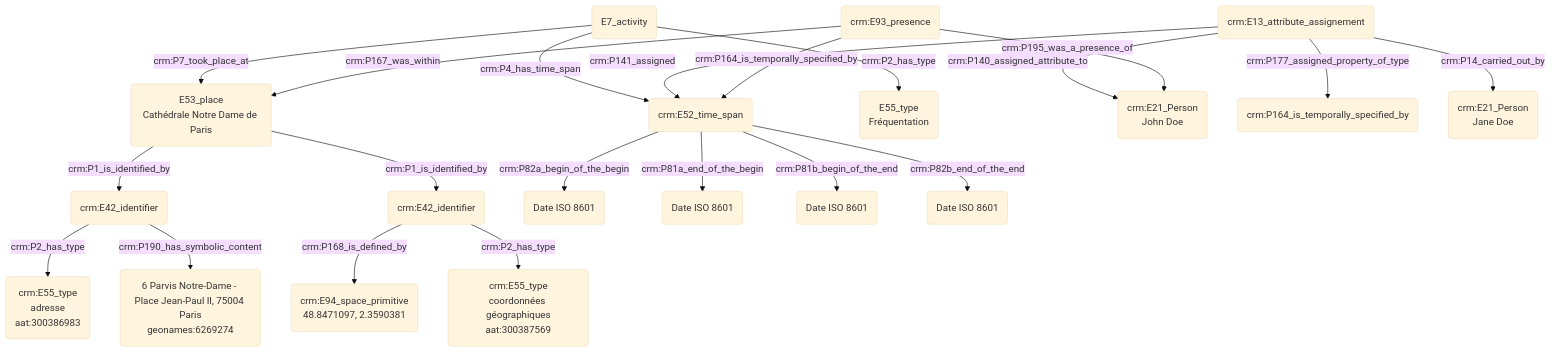
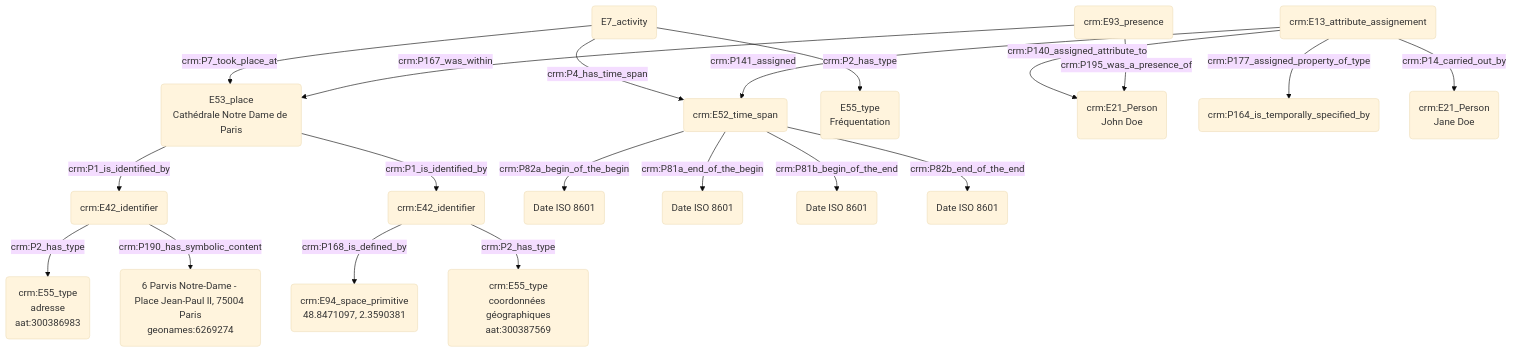
One commit to Amleth/consortium-musica2-gt2-ontologies changed the diagram in modules/livrables/Dossier 2/Prosopographie/fréquentation d'un lieu à un instant donné.md. Above: the diagram before and after it, drawn with Mermaid (base theme).

Commit message:
Update fréquentation d'un lieu à un instant donné.md

````diff
--- a/modules/livrables/Dossier 2/Prosopographie/fréquentation d'un lieu à un instant donné.md
+++ b/modules/livrables/Dossier 2/Prosopographie/fréquentation d'un lieu à un instant donné.md
@@ -17,30 +17,29 @@
 ```mermaid
 graph TD;
 
 
 
 B(E7_activity) -->|crm:P7_took_place_at| I(E53_place<br>Cathédrale Notre Dame de Paris)
 I(E53_place<br>Cathédrale Notre Dame de Paris) --> |crm:P1_is_identified_by| M(crm:E42_identifier)
 M(crm:E42_identifier) --> |crm:P2_has_type| K(crm:E55_type<br>adresse<br>aat:300386983)
 M(crm:E42_identifier) --> |crm:P190_has_symbolic_content| N(6 Parvis Notre-Dame - Place Jean-Paul II, 75004 Paris<br>geonames:6269274)
 I(E53_place<br>Cathédrale Notre Dame de Paris) --> |crm:P1_is_identified_by| X(crm:E42_identifier)
 X(crm:E42_identifier) --> |crm:P168_is_defined_by| L(crm:E94_space_primitive<br>48.8471097, 2.3590381)
 X(crm:E42_identifier) --> |crm:P2_has_type| Y(crm:E55_type<br>coordonnées géographiques<br>aat:300387569)
 
 B(E7_activity) --> |crm:P4_has_time_span| D(crm:E52_time_span)
 B(E7_activity) -->|crm:P2_has_type| C(E55_type<br>Fréquentation)
 D(crm:E52_time_span) --> |crm:P82a_begin_of_the_begin| E("Date ISO 8601")
 D(crm:E52_time_span) --> |crm:P81a_end_of_the_begin| F("Date ISO 8601")
 D(crm:E52_time_span) --> |crm:P81b_begin_of_the_end|G("Date ISO 8601")
 D(crm:E52_time_span) --> |crm:P82b_end_of_the_end| H("Date ISO 8601")
 
 U(crm:E13_attribute_assignement) --> |crm:P140_assigned_attribute_to| A(crm:E21_Person<br>John Doe)
 U(crm:E13_attribute_assignement) --> |crm:P141_assigned| D(crm:E52_time_span)
 U(crm:E13_attribute_assignement) --> |crm:P177_assigned_property_of_type| S(crm:P164_is_temporally_specified_by)
 U(crm:E13_attribute_assignement) --> |crm:P14_carried_out_by| V(crm:E21_Person<br>Jane Doe)
 
 R(crm:E93_presence) --> |crm:P195_was_a_presence_of| A(crm:E21_Person<br>John Doe)
 R(crm:E93_presence) --> |crm:P167_was_within| I(E53_place<br>Cathédrale Notre Dame de Paris)
-R(crm:E93_presence) --> |crm:P164_is_temporally_specified_by| D(crm:E52_time_span)
 
 ```
````
